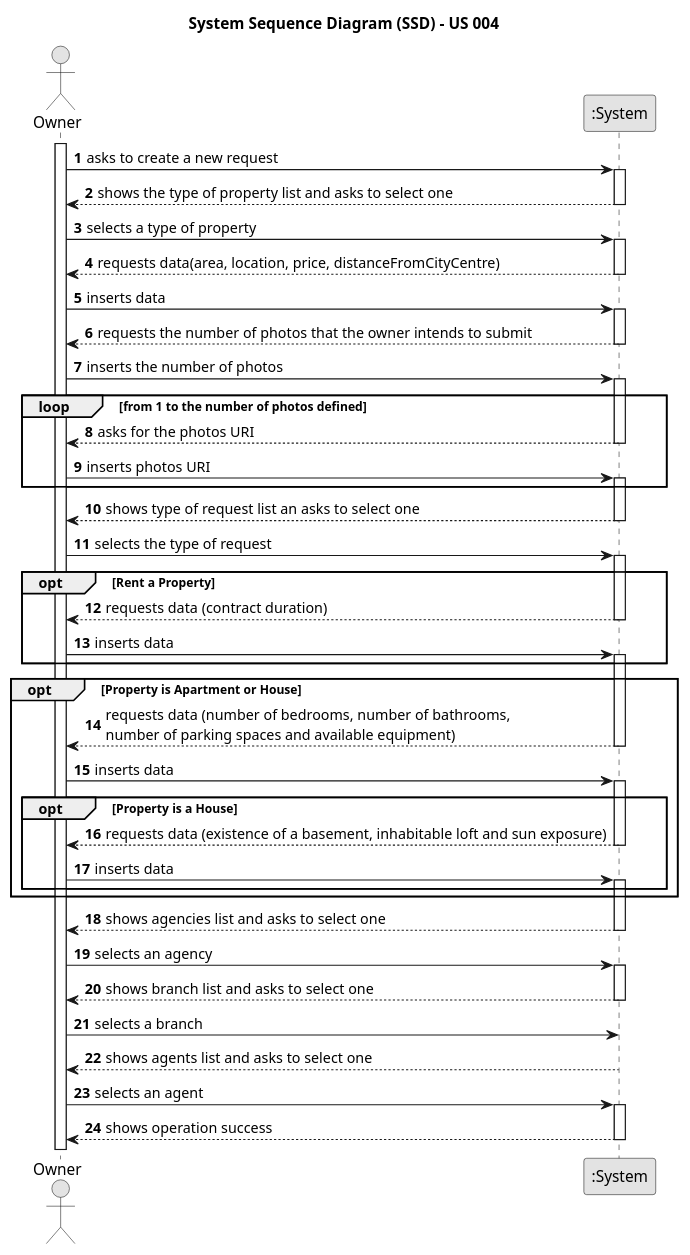
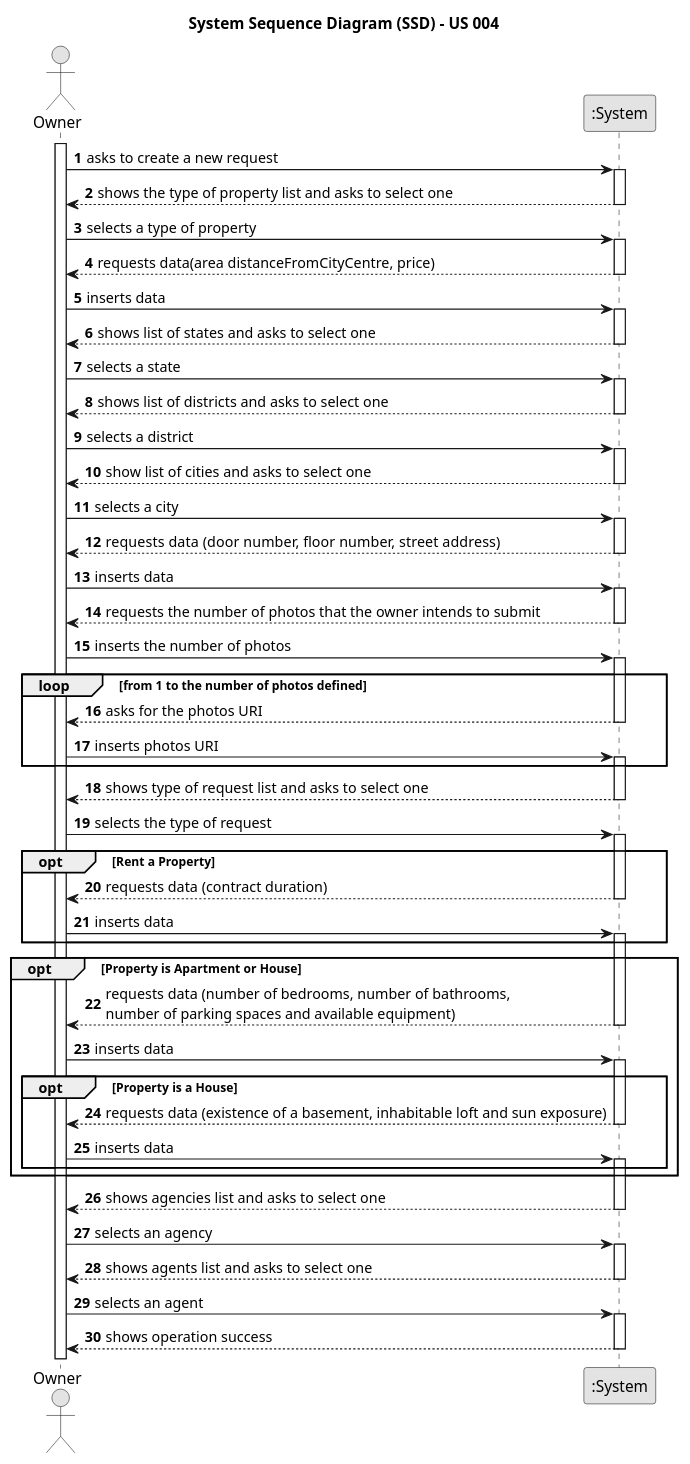
One commit to 1220812/LAPR2 changed the diagram in docs/sprintB/us004/01.requirements-engineering/puml/us004-system-sequence-diagram.puml. Above: the diagram before and after it, drawn with PlantUML. The commit also changed 17 other files, not shown here.

```diff
--- a/docs/sprintB/us004/01.requirements-engineering/puml/us004-system-sequence-diagram.puml
+++ b/docs/sprintB/us004/01.requirements-engineering/puml/us004-system-sequence-diagram.puml
@@ -1,125 +1,151 @@
 @startuml
 skinparam monochrome true
 skinparam packageStyle rectangle
 skinparam shadowing false
 
 title System Sequence Diagram (SSD) - US 004
 
 autonumber
 
 actor "Owner" as Owner
 participant ":System" as System
 
 activate Owner
 
     Owner -> System : asks to create a new request
 
     activate System
 
     System --> Owner : shows the type of property list and asks to select one
 
     deactivate System
 
     Owner -> System : selects a type of property
 
     activate System
 
-    System --> Owner : requests data(area, location, price, distanceFromCityCentre)
+    System --> Owner : requests data(area distanceFromCityCentre, price)
+
+    deactivate System
+
+    Owner -> System : inserts data
+
+    activate System
+
+    System --> Owner : shows list of states and asks to select one
+
+    deactivate System
+
+    Owner -> System : selects a state
+
+    activate System
+
+    System --> Owner : shows list of districts and asks to select one
+
+    deactivate System
+
+    Owner -> System : selects a district
+
+    activate System
+
+    System --> Owner : show list of cities and asks to select one
+
+    deactivate System
+
+    Owner -> System : selects a city
+
+    activate System
+
+    System --> Owner : requests data (door number, floor number, street address)
 
     deactivate System
 
     Owner -> System : inserts data
 
     activate System
 
     System --> Owner : requests the number of photos that the owner intends to submit
 
     deactivate System
 
     Owner -> System : inserts the number of photos
 
     activate System
 
     loop from 1 to the number of photos defined
 
     System --> Owner : asks for the photos URI
 
     deactivate System
 
     Owner -> System : inserts photos URI
 
     activate System
 
     end
 
-    System --> Owner : shows type of request list an asks to select one
+    System --> Owner : shows type of request list and asks to select one
 
     deactivate System
 
     Owner -> System : selects the type of request
 
     activate System
 
     opt Rent a Property
 
     System --> Owner : requests data (contract duration)
 
     deactivate System
 
     Owner -> System : inserts data
 
     activate System
 
     end
 
     opt Property is Apartment or House
 
     System --> Owner : requests data (number of bedrooms, number of bathrooms, \nnumber of parking spaces and available equipment)
 
     deactivate System
 
     Owner -> System : inserts data
 
     activate System
 
     opt Property is a House
 
     System --> Owner : requests data (existence of a basement, inhabitable loft and sun exposure)
 
     deactivate System
 
     Owner -> System : inserts data
 
     activate System
 
     end
 
     end
 
     System --> Owner : shows agencies list and asks to select one
 
     deactivate System
 
     Owner -> System : selects an agency
 
     activate System
 
-    System --> Owner : shows branch list and asks to select one
-
-    deactivate System
-
-    Owner -> System : selects a branch
-
     System --> Owner : shows agents list and asks to select one
 
     deactivate System
 
     Owner -> System : selects an agent
 
     activate System
 
     System --> Owner : shows operation success
 
     deactivate System
 
 @enduml
```
